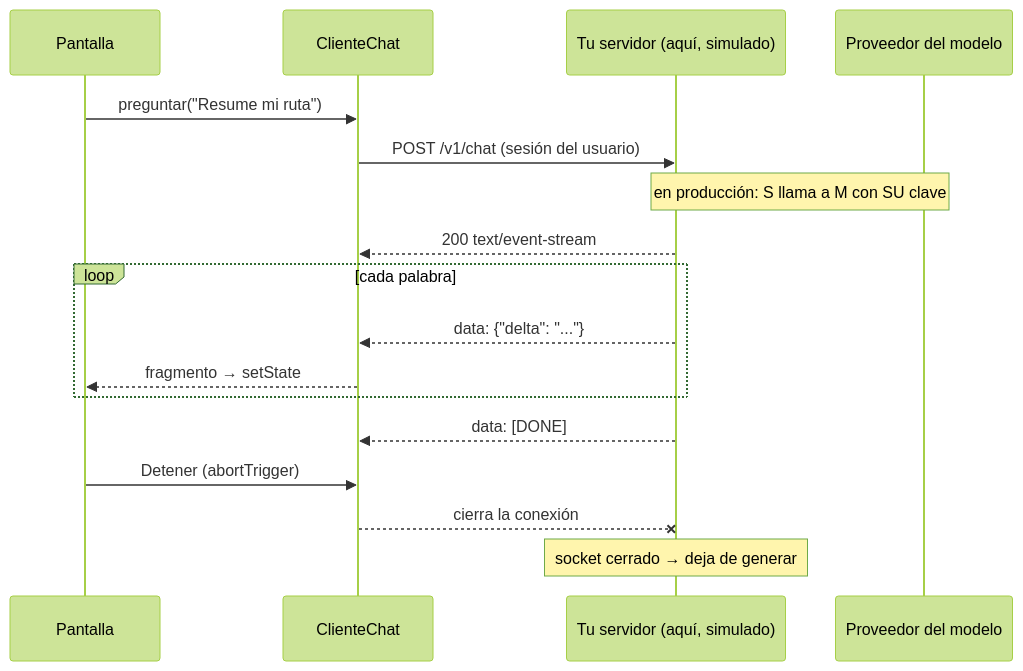
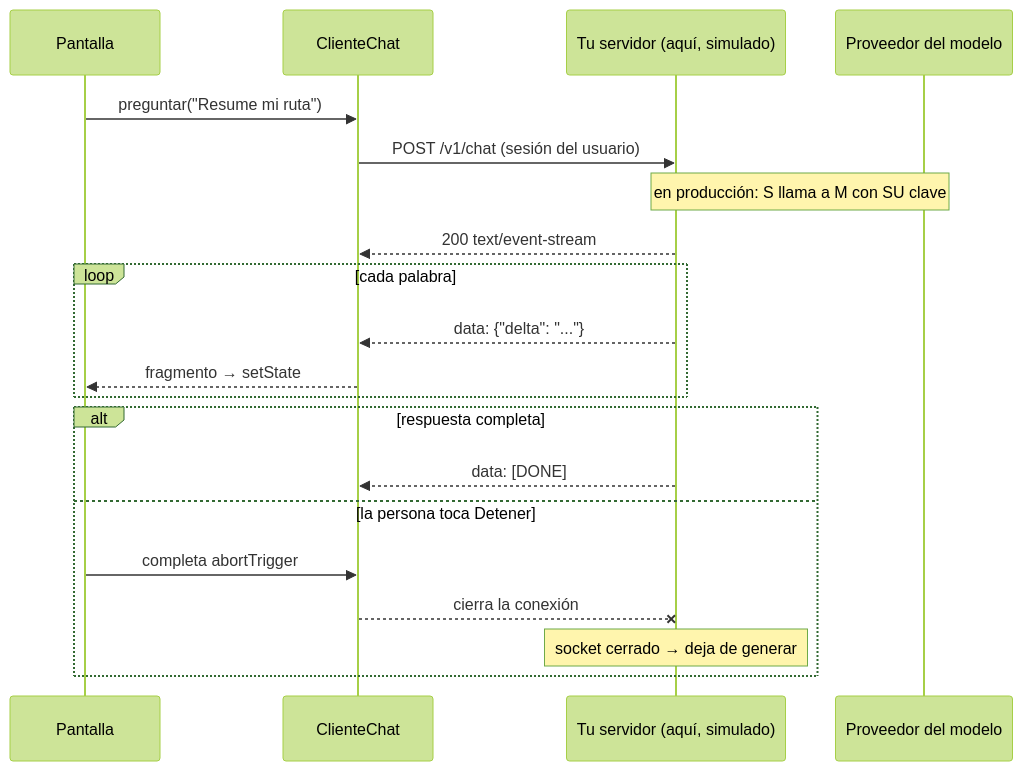
The fourth of 4 diagrams in web/public/content/flutter/modulo-15.md (NICORUIZ93/The_Imperial_Book), drawn with Mermaid (forest theme) before and after one commit. The commit also changed other lines of this file and 65 other files, not shown here.

````diff
--- a/web/public/content/flutter/modulo-15.md
+++ b/web/public/content/flutter/modulo-15.md
@@ -1860,19 +2234,22 @@
 ```mermaid
 sequenceDiagram
     participant P as Pantalla
     participant C as ClienteChat
     participant S as Tu servidor (aquí, simulado)
     participant M as Proveedor del modelo
     P->>C: preguntar("Resume mi ruta")
     C->>S: POST /v1/chat (sesión del usuario)
     Note over S,M: en producción: S llama a M con SU clave
     S-->>C: 200 text/event-stream
     loop cada palabra
         S-->>C: data: {"delta": "..."}
         C-->>P: fragmento → setState
     end
-    S-->>C: data: [DONE]
-    P->>C: Detener (abortTrigger)
-    C--xS: cierra la conexión
-    Note over S: socket cerrado → deja de generar
+    alt respuesta completa
+        S-->>C: data: [DONE]
+    else la persona toca Detener
+        P->>C: completa abortTrigger
+        C--xS: cierra la conexión
+        Note over S: socket cerrado → deja de generar
+    end
 ```
````
